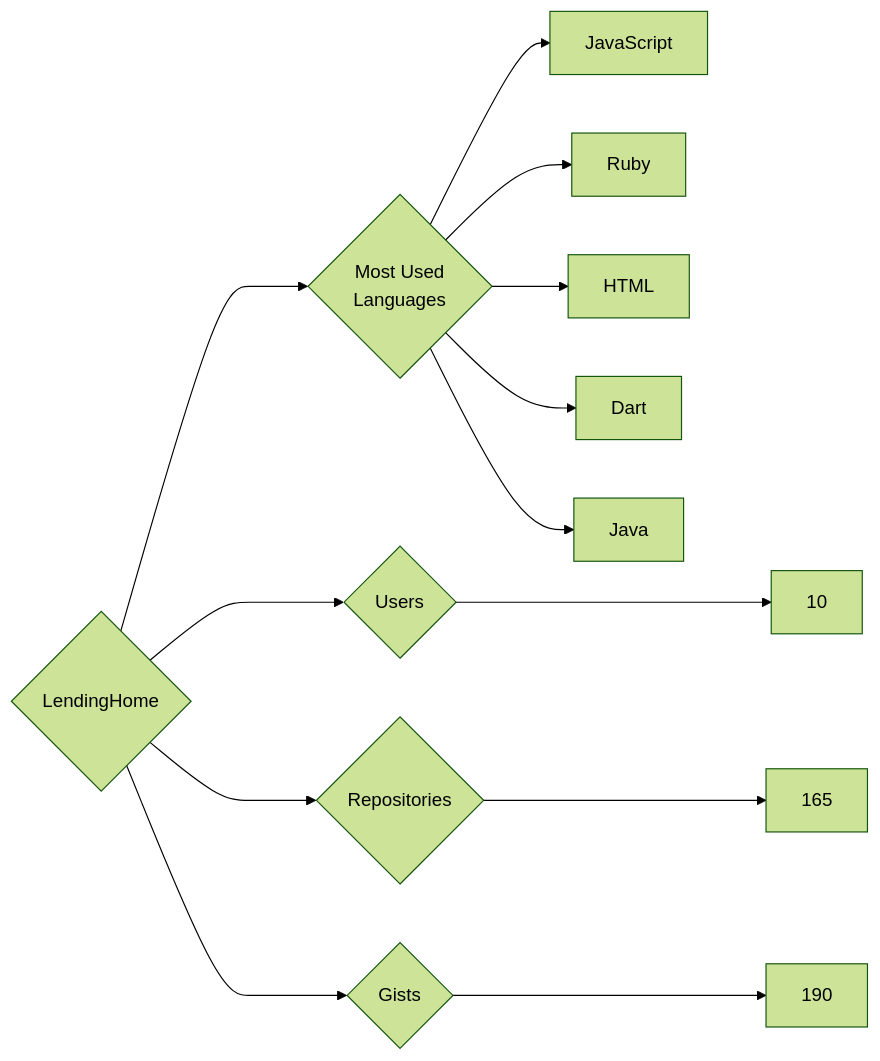
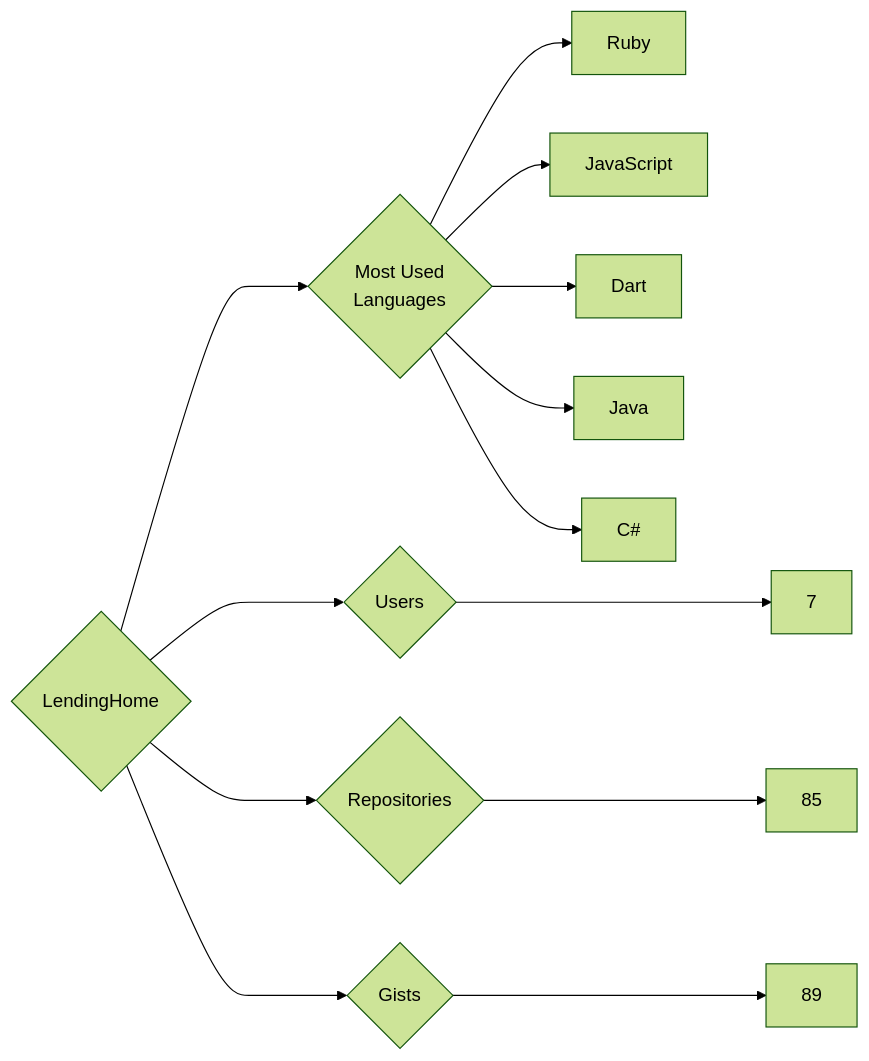
Before and after one commit to trickest/insiders: the diagram in targets/LendingHome/README.md, drawn with Mermaid (forest theme). The commit also changed 924 other files, not shown here.

````diff
--- a/targets/LendingHome/README.md
+++ b/targets/LendingHome/README.md
@@ -3,13 +3,13 @@
 ```mermaid
 graph LR
 COMPANY_NAME{LendingHome}
-COMPANY_NAME ---> U{Users} ---> UN[10]
-COMPANY_NAME ---> R{Repositories} ---> RN[165]
-COMPANY_NAME ---> G{Gists} ---> GN[190]
+COMPANY_NAME ---> U{Users} ---> UN[7]
+COMPANY_NAME ---> R{Repositories} ---> RN[85]
+COMPANY_NAME ---> G{Gists} ---> GN[89]
 COMPANY_NAME ---> ML{Most Used<br>Languages}
+ML --> Ruby[Ruby]
 ML --> JavaScript[JavaScript]
-ML --> Ruby[Ruby]
-ML --> HTML[HTML]
 ML --> Dart[Dart]
 ML --> Java[Java]
+ML --> C#[C#]
 ```
````
